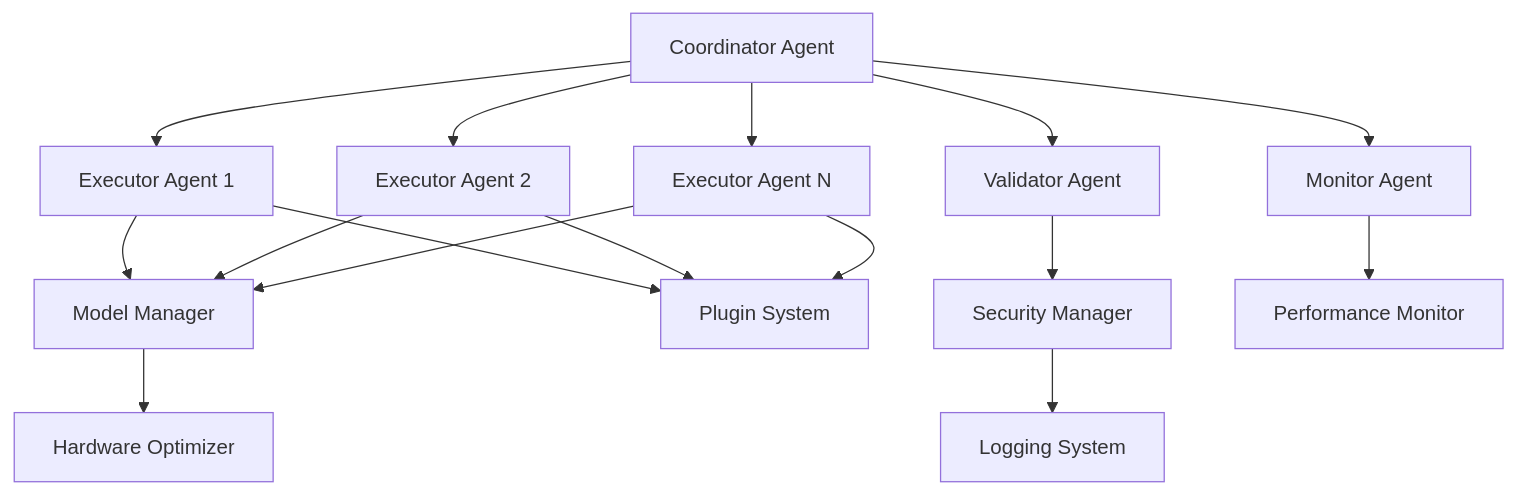
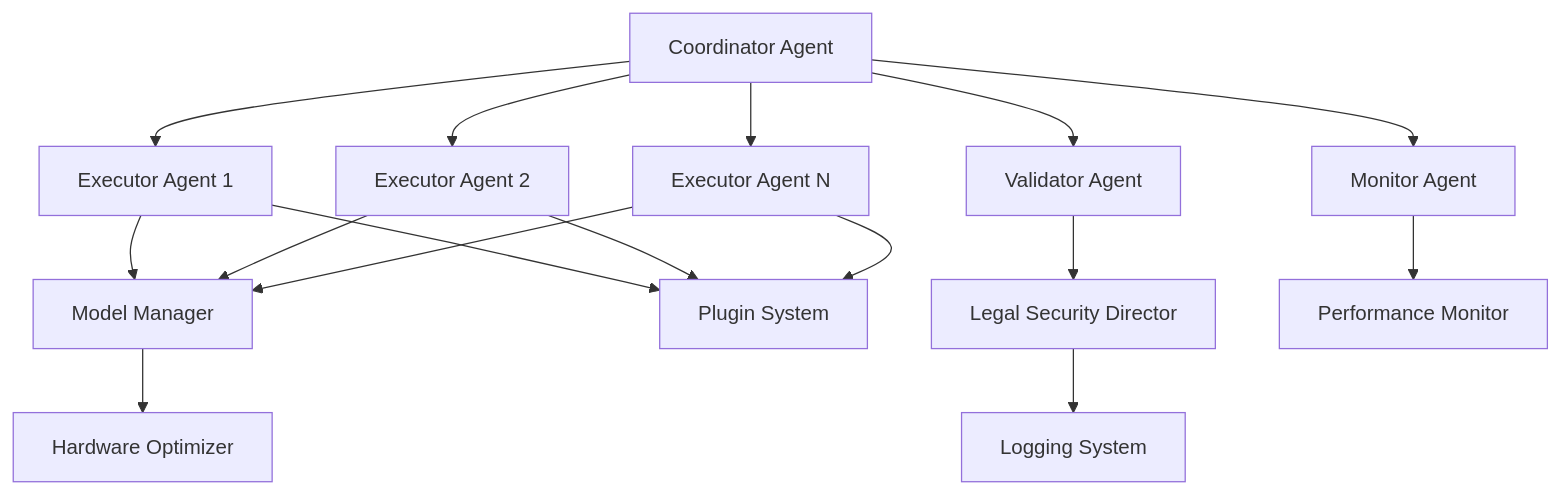
Before and after one commit to KingOfTheAce2/BEAR_AI: the second of 2 diagrams in docs/architecture/ARCHITECTURE.md, drawn with Mermaid. The commit also changed other lines of this file and 35 other files, not shown here.

````diff
--- a/docs/architecture/ARCHITECTURE.md
+++ b/docs/architecture/ARCHITECTURE.md
@@ -270,22 +270,22 @@
 ```mermaid
 graph TD
     C[Coordinator Agent] --> E1[Executor Agent 1]
     C --> E2[Executor Agent 2]
     C --> E3[Executor Agent N]
     C --> V[Validator Agent]
     C --> M[Monitor Agent]
     
     E1 --> MM[Model Manager]
     E2 --> MM
     E3 --> MM
     
     E1 --> PS[Plugin System]
     E2 --> PS
     E3 --> PS
     
-    V --> SM[Security Manager]
+    V --> SM[Legal Security Director]
     M --> PM[Performance Monitor]
     
     MM --> HO[Hardware Optimizer]
     SM --> LS[Logging System]
 ```
````
